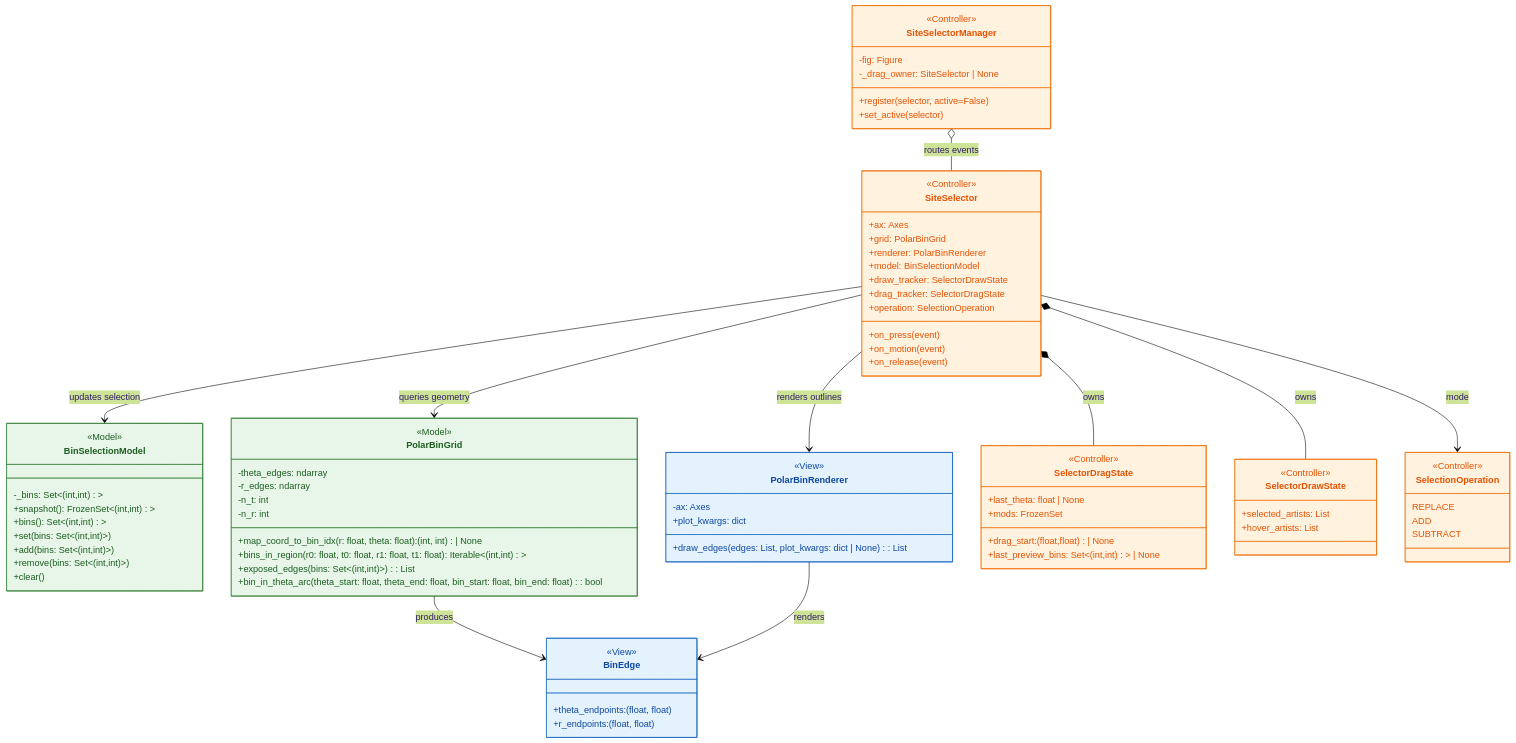
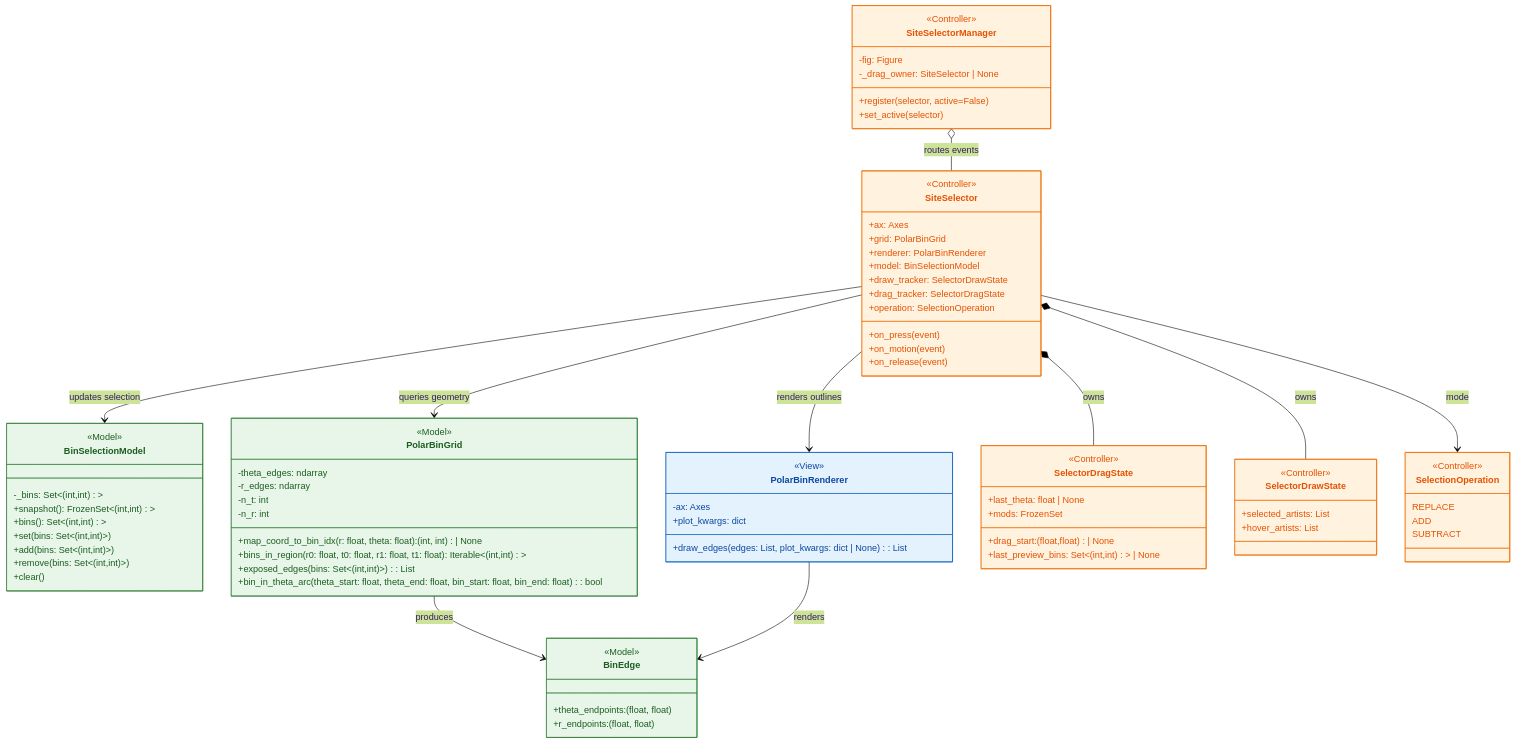
One commit to BranniganLab/density_threshold_affinity changed the first of 2 diagrams in python/README.md. Above: the diagram before and after it, drawn with Mermaid (forest theme).

Commit message:
Update README to move BinEdge to Model

```diff
--- a/python/README.md
+++ b/python/README.md
@@ -47,9 +47,9 @@
 
 class BinSelectionModel:::model
 class PolarBinGrid:::model
+class BinEdge:::model
 
 class PolarBinRenderer:::view
-class BinEdge:::view
 
 class SiteSelector:::controller
 class SiteSelectorManager:::controller
@@ -59,9 +59,9 @@
 
 <<Model>> BinSelectionModel
 <<Model>> PolarBinGrid
+<<Model>> BinEdge
 
 <<View>> PolarBinRenderer
-<<View>> BinEdge
 
 <<Controller>> SiteSelector
 <<Controller>> SiteSelectorManager
@@ -94,14 +94,14 @@
     +bin_in_theta_arc(theta_start: float, theta_end: float, bin_start: float, bin_end: float): bool
 }
 
-%% =========================
-%% View
-%% =========================
 class BinEdge {
     +theta_endpoints: (float, float)
     +r_endpoints: (float, float)
 }
 
+%% =========================
+%% View
+%% =========================
 class PolarBinRenderer {
     -ax: Axes
     +plot_kwargs: dict
```
